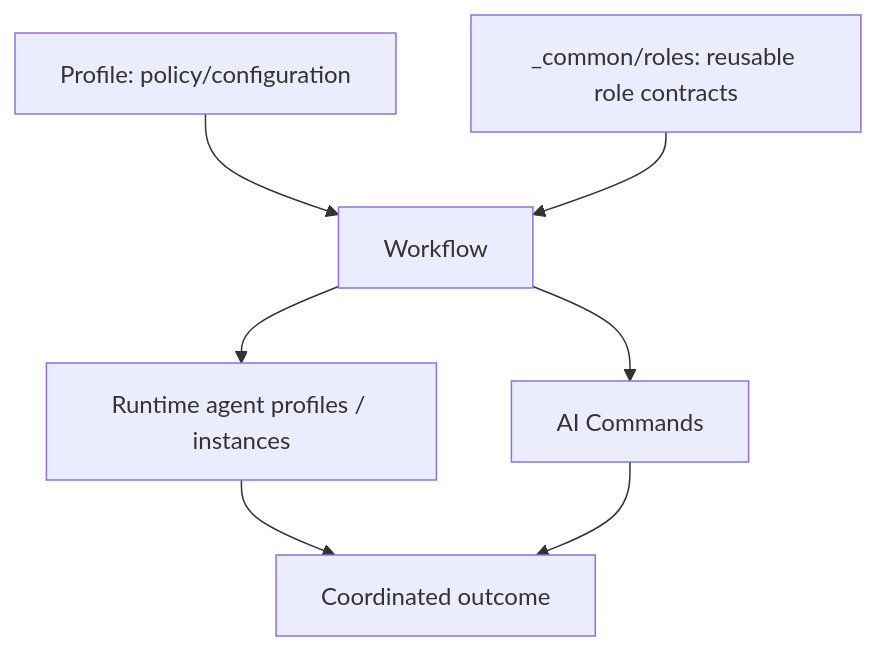
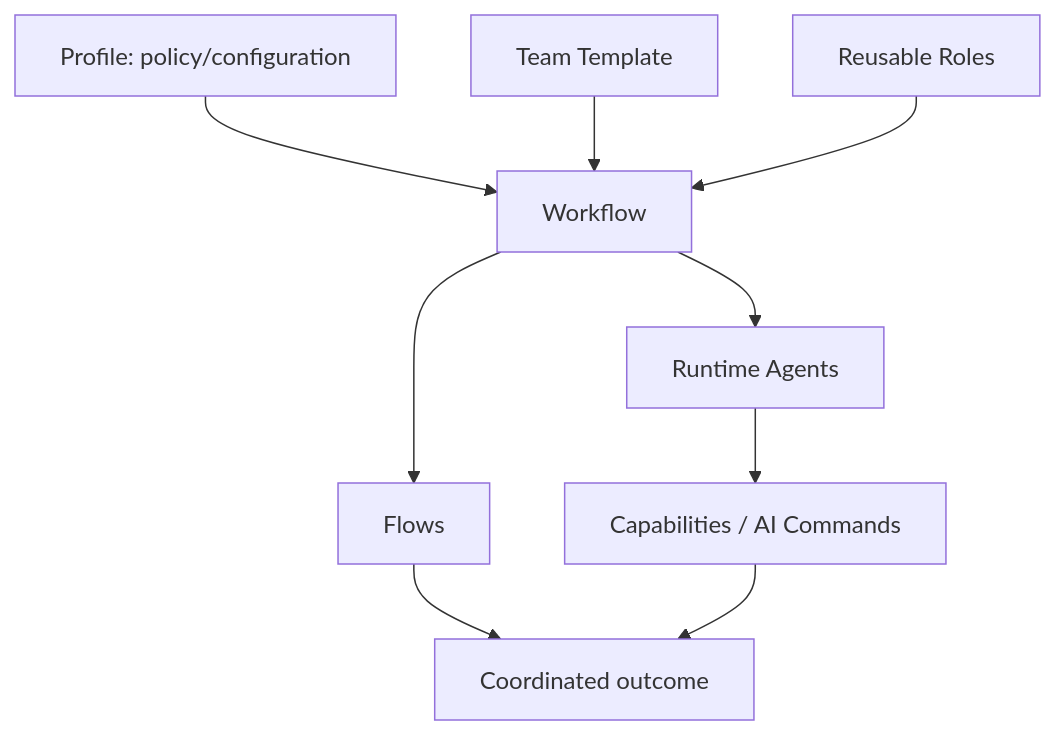
One commit to starodubtsevconsulting/ai-workflows changed the first of 4 diagrams in README.md. Above: the diagram before and after it, drawn with Mermaid. The commit also changed other lines of this file, not shown here.

Commit message:
Add AI Workflows vocabulary and role-type model

````diff
--- a/README.md
+++ b/README.md
@@ -7,9 +7,11 @@
 ```mermaid
 flowchart TD
   Profile["Profile: policy/configuration"] --> Workflow["Workflow"]
-  Common["_common/roles: reusable role contracts"] --> Workflow
-  Workflow --> Agents["Runtime agent profiles / instances"]
-  Workflow --> Commands["AI Commands"]
-  Agents --> Outcome["Coordinated outcome"]
+  Template["Team Template"] --> Workflow
+  Roles["Reusable Roles"] --> Workflow
+  Workflow --> Flows["Flows"]
+  Workflow --> Agents["Runtime Agents"]
+  Agents --> Commands["Capabilities / AI Commands"]
+  Flows --> Outcome["Coordinated outcome"]
   Commands --> Outcome
 ```
````
